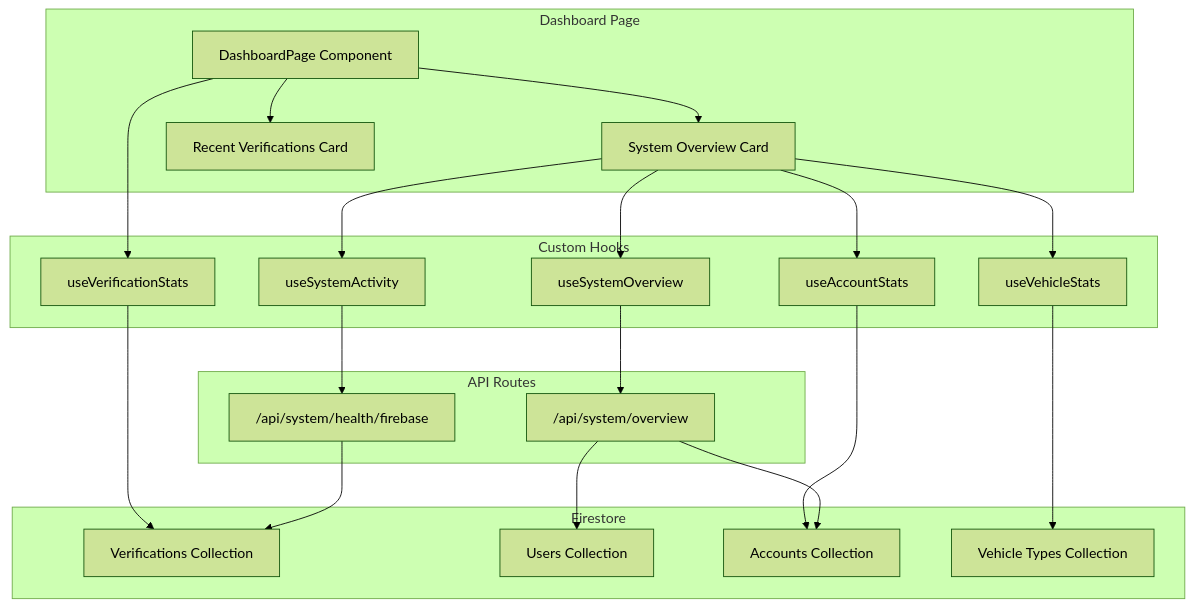
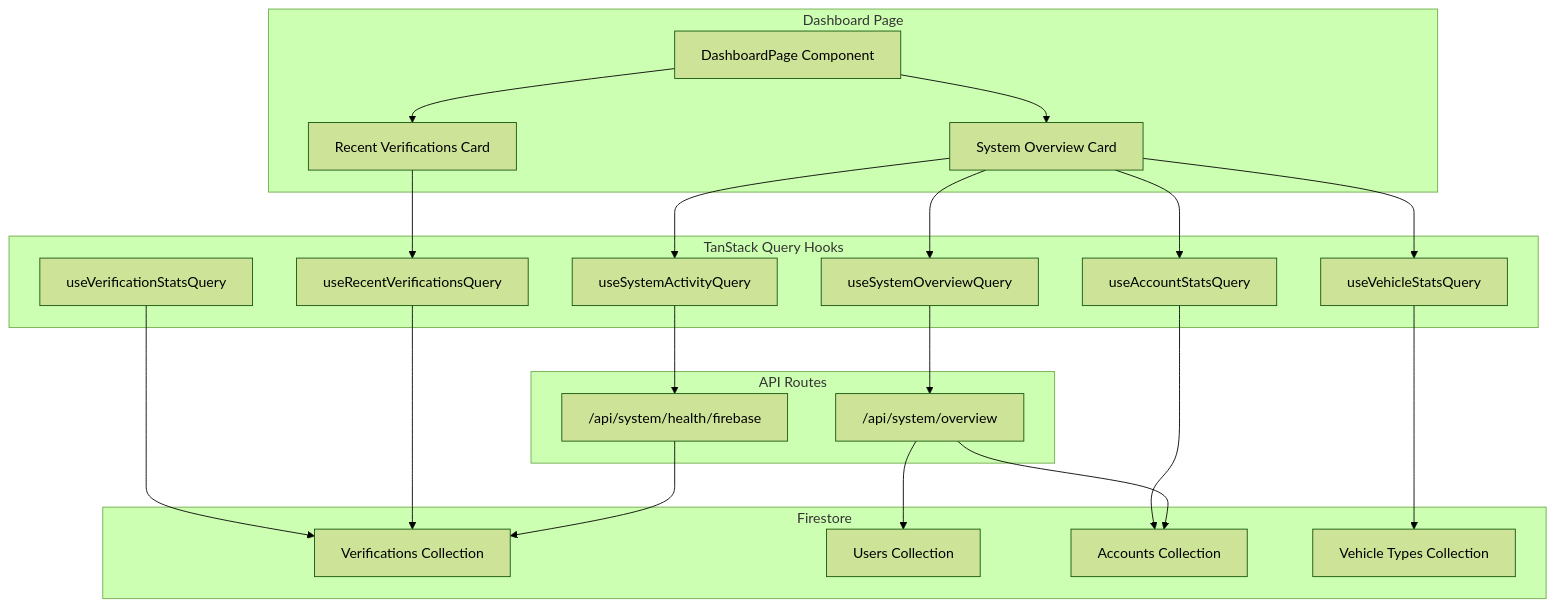
Before and after one commit to Arvss07/taravel-admin-docs-official: the diagram in docs/features/dashboard.md, drawn with Mermaid (forest theme). The commit also changed other lines of this file and 16 other files, not shown here.

````diff
--- a/docs/features/dashboard.md
+++ b/docs/features/dashboard.md
@@ -114,48 +115,51 @@
 ```mermaid
 graph TB
     subgraph Dashboard[Dashboard Page]
         DP[DashboardPage Component]
         SOC[System Overview Card]
         RC[Recent Verifications Card]
     end
     
-    subgraph Hooks[Custom Hooks]
-        VSH[useVerificationStats]
-        SOH[useSystemOverview]
-        VEH[useVehicleStats]
-        ASH[useAccountStats]
-        SAH[useSystemActivity]
+    subgraph QueryHooks[TanStack Query Hooks]
+        VSH[useVerificationStatsQuery]
+        SOH[useSystemOverviewQuery]
+        VEH[useVehicleStatsQuery]
+        ASH[useAccountStatsQuery]
+        SAH[useSystemActivityQuery]
+        RVH[useRecentVerificationsQuery]
     end
     
     subgraph API[API Routes]
         SO["/api/system/overview"]
         VH["/api/system/health/firebase"]
     end
     
     subgraph DB[Firestore]
         VC[Verifications Collection]
         UC[Users Collection]
         AC[Accounts Collection]
         VT[Vehicle Types Collection]
     end
     
-    DP --> VSH
     DP --> SOC
     DP --> RC
     
     SOC --> SOH
     SOC --> VEH
     SOC --> ASH
     SOC --> SAH
     
+    RC --> RVH
+    
     VSH --> VC
     VEH --> VT
     ASH --> AC
     SAH --> VH
+    RVH --> VC
     
     SOH --> SO
     
     SO --> UC
     SO --> AC
     VH --> VC
 ```
````
